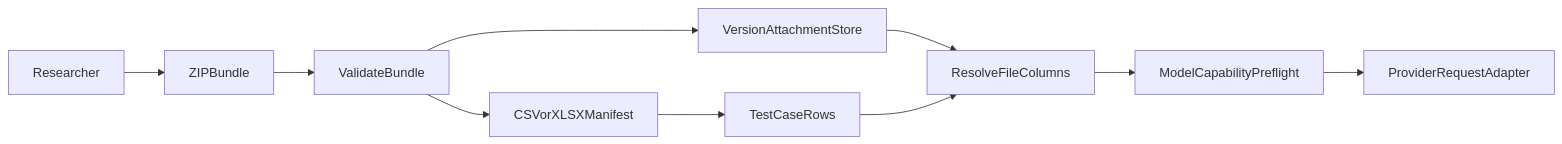
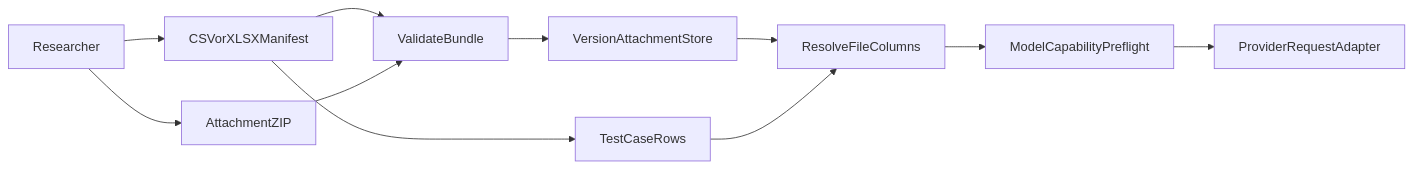
The diagram in _dev/proposals/FILE_BUNDLE_UPLOAD_PROPOSAL.md (coote-andrew/LLM-evaluation), drawn with Mermaid before and after one commit. The commit also changed other lines of this file and 5 other files, not shown here.

````diff
--- a/_dev/proposals/FILE_BUNDLE_UPLOAD_PROPOSAL.md
+++ b/_dev/proposals/FILE_BUNDLE_UPLOAD_PROPOSAL.md
@@ -90,12 +93,13 @@
 ```mermaid
 flowchart LR
-    researcher[Researcher] --> zip[ZIPBundle]
-    zip --> validate[ValidateBundle]
-    validate --> manifest[CSVorXLSXManifest]
+    researcher[Researcher] --> manifest[CSVorXLSXManifest]
+    researcher --> zip[AttachmentZIP]
+    manifest --> validate[ValidateBundle]
+    zip --> validate
     validate --> stored[VersionAttachmentStore]
     manifest --> testcaseRows[TestCaseRows]
     stored --> resolve[ResolveFileColumns]
     testcaseRows --> resolve
     resolve --> preflight[ModelCapabilityPreflight]
     preflight --> request[ProviderRequestAdapter]
 ```
````
